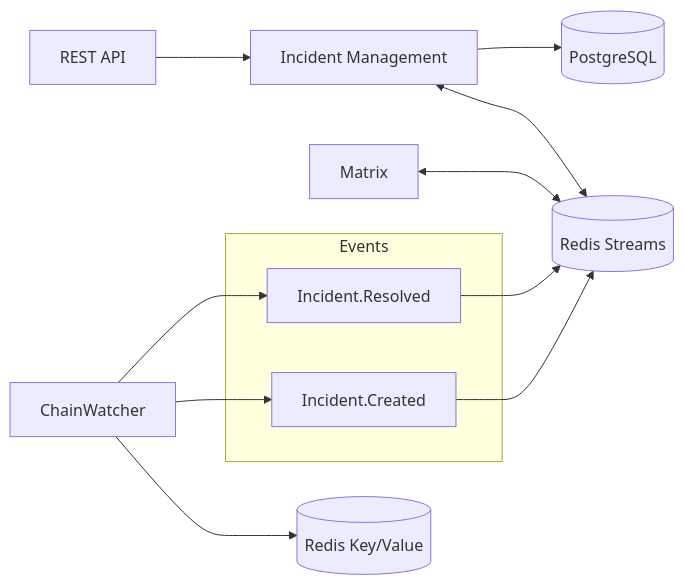
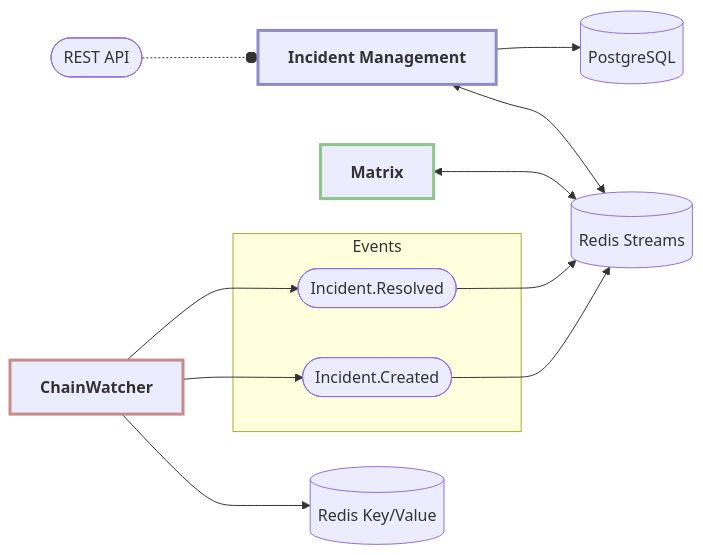
One commit to w3f/polguard changed the diagram in README.md. Above: the diagram before and after it, drawn with Mermaid.

````diff
--- a/README.md
+++ b/README.md
@@ -18,26 +18,27 @@
 ```mermaid
 flowchart LR
     CW[ChainWatcher]
     M[Matrix]
     IM[Incident Management]
     RS[(Redis Streams)]
     RKV[(Redis Key/Value)]
     DB[(PostgreSQL)]
-    API[REST API]
-
+    API([REST API])
     CW --> RKV
     M <--> RS
     IM <--> RS
     IM --> DB
-    API --> IM
-
+    API -.-o IM
     subgraph Events
-        IC[Incident.Created]
-        IR[Incident.Resolved]
+        IC([Incident.Created])
+        IR([Incident.Resolved])
     end
-
     CW --> IC
     CW --> IR
     IC --> RS
     IR --> RS
+
+    style CW stroke:#c68c8c,stroke-width:3px,font-weight:bold
+    style M stroke:#8cc68c,stroke-width:3px,font-weight:bold
+    style IM stroke:#8c8cc6,stroke-width:3px,font-weight:bold
 ```
````
